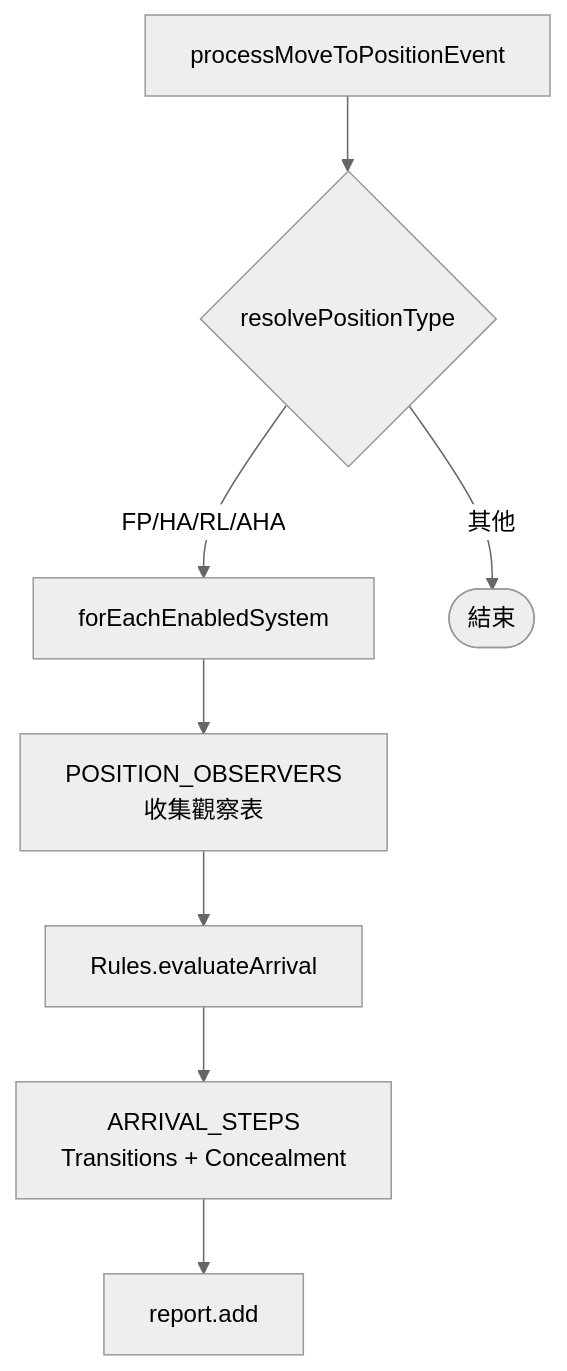
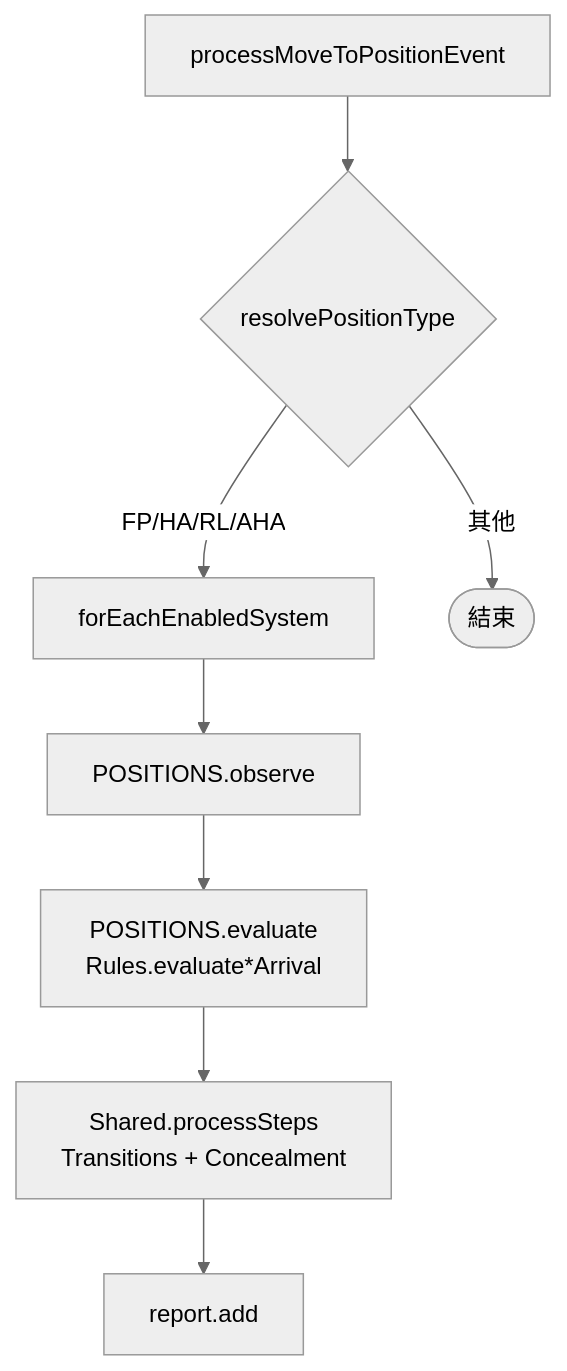
One commit to pullupjumper/formosa-in-flames changed the diagram in docs/missileSystem/arrival.md. Above: the diagram before and after it, drawn with Mermaid (neutral theme). The commit also changed other lines of this file and 17 other files, not shown here.

````diff
--- a/docs/missileSystem/arrival.md
+++ b/docs/missileSystem/arrival.md
@@ -29,10 +29,10 @@
 ```mermaid
 flowchart TD
     A[processMoveToPositionEvent] --> B{resolvePositionType}
     B -->|FP/HA/RL/AHA| C[forEachEnabledSystem]
     B -->|其他| Z([結束])
-    C --> D[POSITION_OBSERVERS<br/>收集觀察表]
-    D --> E[Rules.evaluateArrival]
-    E --> F[ARRIVAL_STEPS<br/>Transitions + Concealment]
+    C --> D[POSITIONS.observe]
+    D --> E[POSITIONS.evaluate<br/>Rules.evaluate*Arrival]
+    E --> F[Shared.processSteps<br/>Transitions + Concealment]
     F --> G[report.add]
 ```
````
